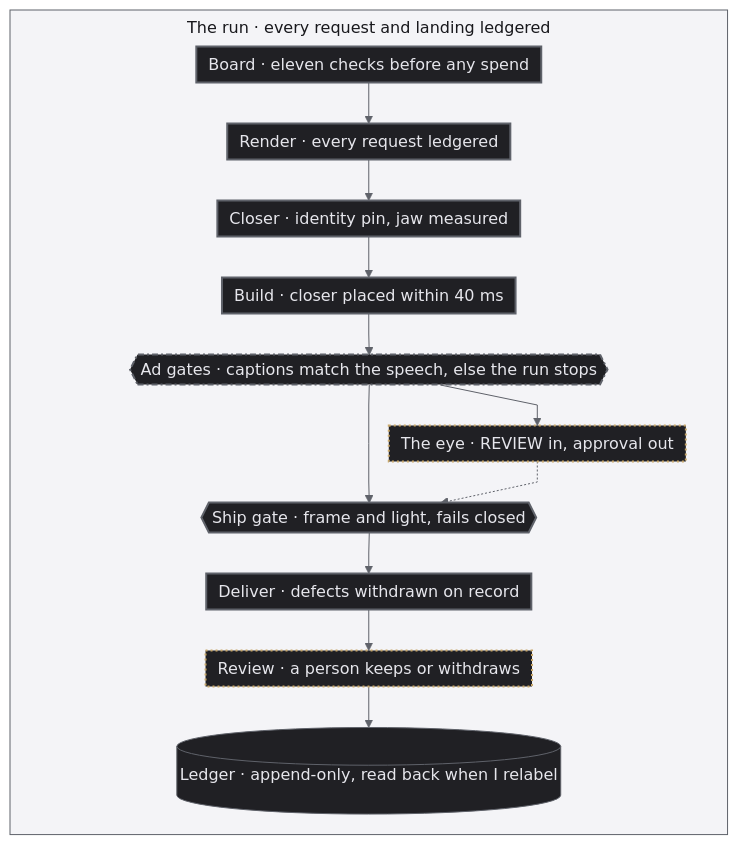
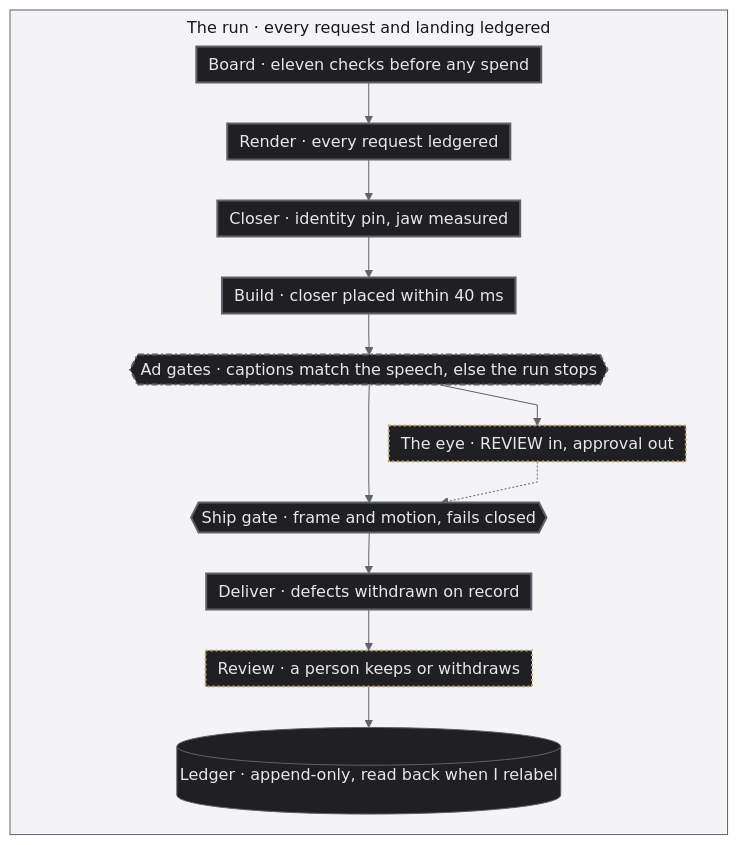
One commit to jameswniu/autonomous-ads-pipeline-multimodal-evals changed the diagram in README.md. Above: the diagram before and after it, drawn with Mermaid. The commit also changed other lines of this file and 2 other files, not shown here.

First line of the commit message:
Say where the eye can send a run back, and what the board leaves to a person

````diff
--- a/README.md
+++ b/README.md
@@ -336,31 +336,31 @@
 ```mermaid
 %%{init: {'flowchart': {'curve': 'linear', 'nodeSpacing': 20, 'rankSpacing': 16, 'padding': 6, 'diagramPadding': 2, 'wrappingWidth': 520, 'subGraphTitleMargin': {'top': 6, 'bottom': 10}}, 'themeVariables': {'fontSize': '16px', 'lineColor': '#5f626a', 'edgeLabelBackground': '#ffffff', 'clusterBkg': '#f4f4f7', 'clusterBorder': '#5f626a', 'titleColor': '#18181c'}}}%%
 flowchart TD
     subgraph RUN["The run · every request and landing ledgered"]
         direction TB
         AG{{"Ad gates · captions match the speech, else the run stops"}}
         %% GH is an invisible twin of the eye, it balances the spine so the steps stay in one column
         AG ~~~ GH["The eye · REVIEW in, approval out"]
         GH ~~~ SG
-        B["Board · eleven checks before any spend"] --> R["Render · every request ledgered"] --> C["Closer · identity pin, jaw measured"] --> BU["Build · closer placed within 40 ms"] --> AG --> SG{{"Ship gate · frame and light, fails closed"}} --> D["Deliver · defects withdrawn on record"]
+        B["Board · eleven checks before any spend"] --> R["Render · every request ledgered"] --> C["Closer · identity pin, jaw measured"] --> BU["Build · closer placed within 40 ms"] --> AG --> SG{{"Ship gate · frame and motion, fails closed"}} --> D["Deliver · defects withdrawn on record"]
         D --> RV["Review · a person keeps or withdraws"]
         RV --> L[("Ledger · append-only, read back when I relabel")]
         AG --> EYE["The eye · REVIEW in, approval out"]
         EYE -.-> SG
     end
 
     classDef run fill:#202024,stroke:#5f626a,color:#e6e6ec
     classDef process fill:#202024,stroke:#5f626a,stroke-width:2px,color:#e6e6ec
     classDef outcome fill:#202024,stroke:#5f626a,stroke-width:2px,stroke-dasharray:6 3,color:#e6e6ec
     classDef quality fill:#202024,stroke:#c9a86a,stroke-width:2px,stroke-dasharray:2 3,color:#e6e6ec
     classDef shared fill:#202024,stroke:#5f626a,stroke-width:2px,stroke-dasharray:6 3 2 3,color:#e6e6ec
     classDef ghost fill:none,stroke:none,color:transparent
     class L run
     class B,R,C,BU,SG,D process
     class AG outcome
     class AG quality
     class AG shared
     class EYE,RV quality
     class GH ghost
     style RUN fill:#f4f4f7,stroke:#5f626a,color:#18181c
 ```
````
